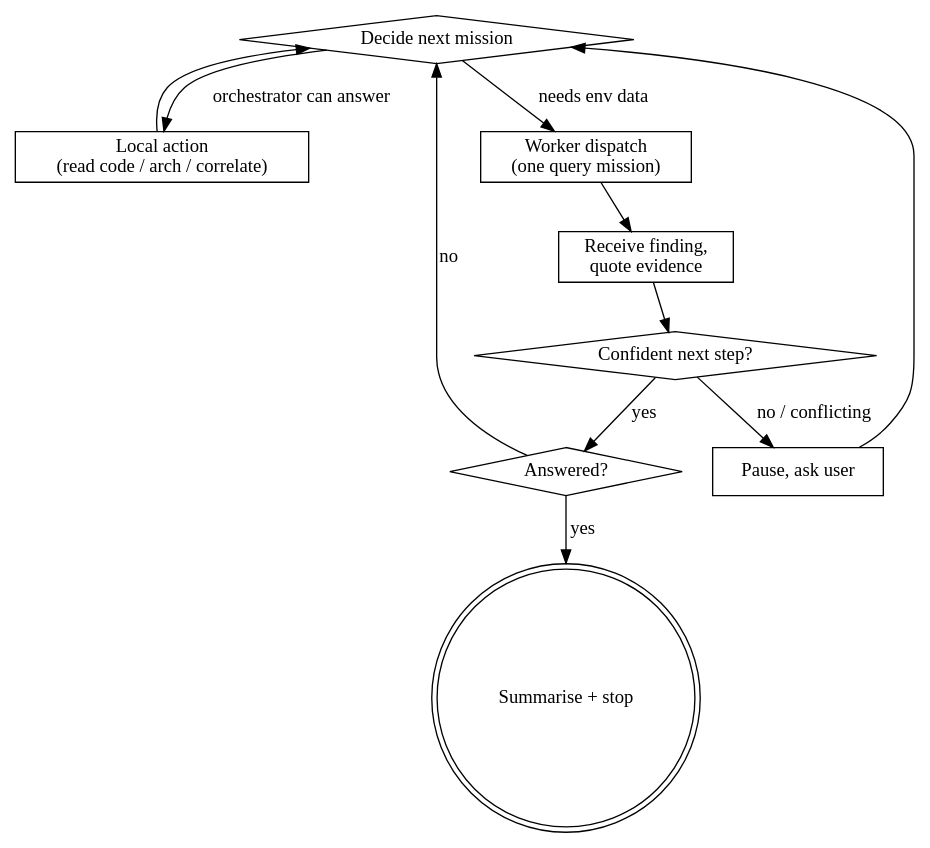
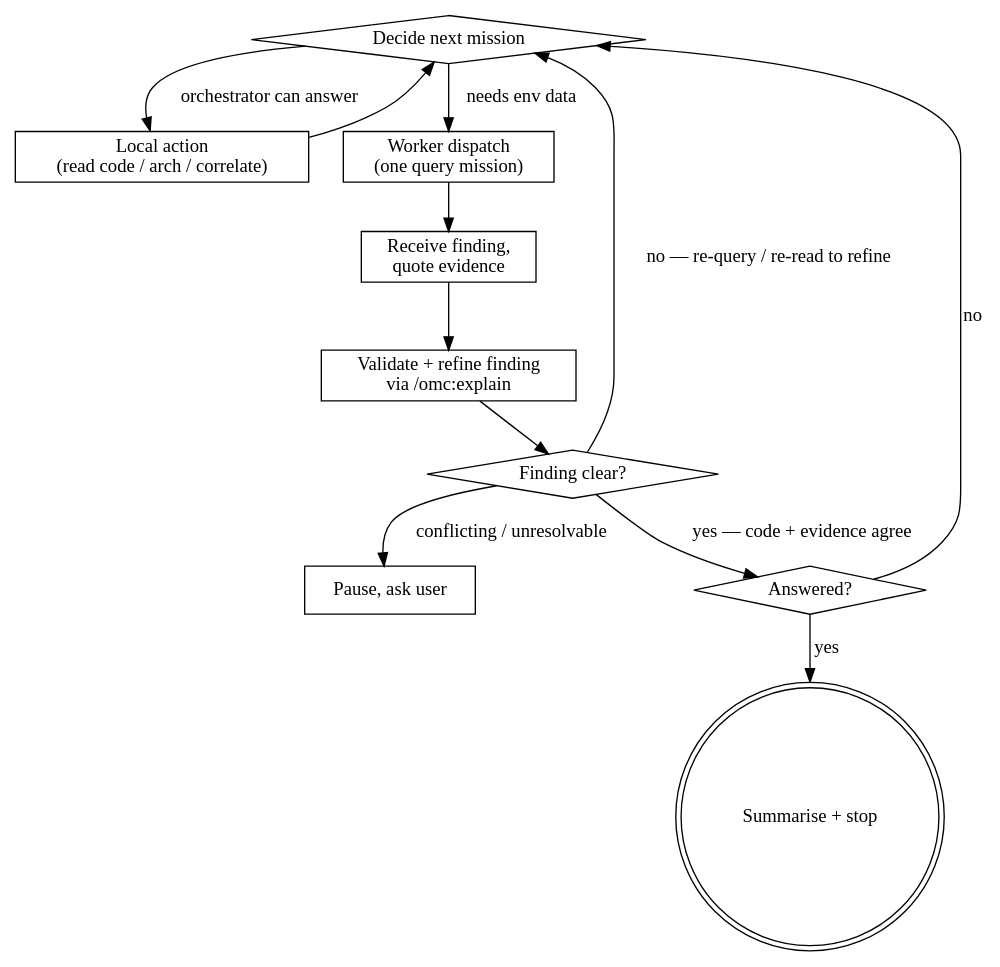
One commit to chris-husse/oh-my-clanker changed the diagram in skills/investigate/SKILL.md. Above: the diagram before and after it, drawn with Graphviz. The commit also changed other lines of this file and 2 other files, not shown here.

````diff
--- a/skills/investigate/SKILL.md
+++ b/skills/investigate/SKILL.md
@@ -127,23 +127,25 @@
 ```dot
 digraph investigate_loop {
   "Decide next mission" [shape=diamond];
   "Local action\n(read code / arch / correlate)" [shape=box];
   "Worker dispatch\n(one query mission)" [shape=box];
   "Receive finding,\nquote evidence" [shape=box];
-  "Confident next step?" [shape=diamond];
+  "Validate + refine finding\nvia /omc:explain" [shape=box];
+  "Finding clear?" [shape=diamond];
   "Answered?" [shape=diamond];
   "Summarise + stop" [shape=doublecircle];
   "Pause, ask user" [shape=box];
 
   "Decide next mission" -> "Local action\n(read code / arch / correlate)" [label="orchestrator can answer"];
   "Decide next mission" -> "Worker dispatch\n(one query mission)" [label="needs env data"];
   "Local action\n(read code / arch / correlate)" -> "Decide next mission";
   "Worker dispatch\n(one query mission)" -> "Receive finding,\nquote evidence";
-  "Receive finding,\nquote evidence" -> "Confident next step?";
-  "Confident next step?" -> "Answered?" [label="yes"];
-  "Confident next step?" -> "Pause, ask user" [label="no / conflicting"];
-  "Pause, ask user" -> "Decide next mission";
+  "Receive finding,\nquote evidence" -> "Validate + refine finding\nvia /omc:explain";
+  "Validate + refine finding\nvia /omc:explain" -> "Finding clear?";
+  "Finding clear?" -> "Answered?" [label="yes — code + evidence agree"];
+  "Finding clear?" -> "Decide next mission" [label="no — re-query / re-read to refine"];
+  "Finding clear?" -> "Pause, ask user" [label="conflicting / unresolvable"];
   "Answered?" -> "Summarise + stop" [label="yes"];
   "Answered?" -> "Decide next mission" [label="no"];
 }
 ```
````
